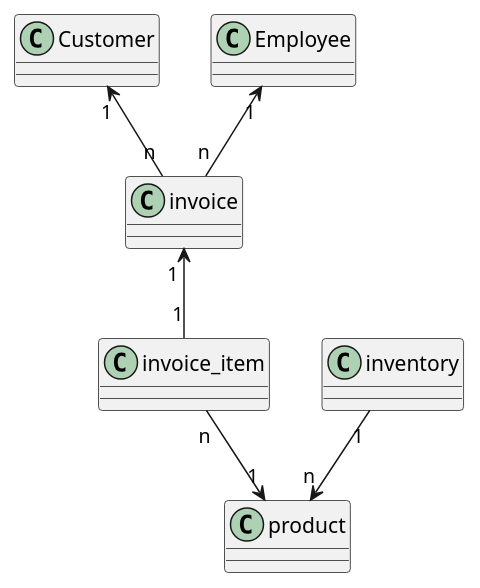
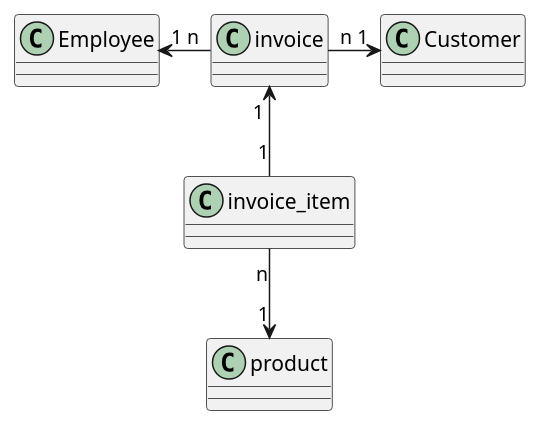
One commit to 2122-4ahif-nvs/01-microproject-AnnaHartl changed the diagram in asciidocs/plantuml/cld_garder.puml. Above: the diagram before and after it, drawn with PlantUML. The commit also changed 8 other files, not shown here.

```diff
--- a/asciidocs/plantuml/cld_garder.puml
+++ b/asciidocs/plantuml/cld_garder.puml
@@ -1,7 +1,6 @@
 @startuml
-Customer "1" <-- "n" invoice
+Customer "1" <-l- "n" invoice
 invoice "1 " <-- "1" invoice_item
 invoice_item "n" --> "1" product
-Employee "1" <-- "n" invoice
-inventory "1" --> "n" product
+Employee "1" <-r- "n" invoice
 @enduml
```
